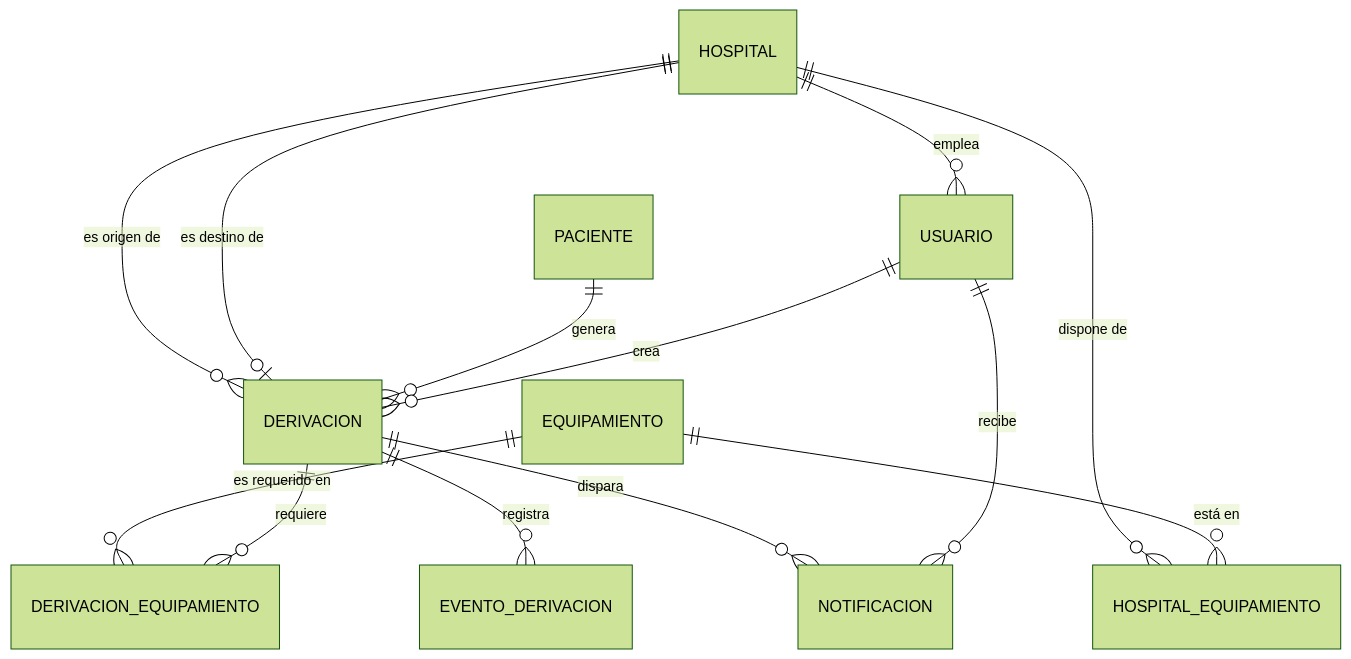
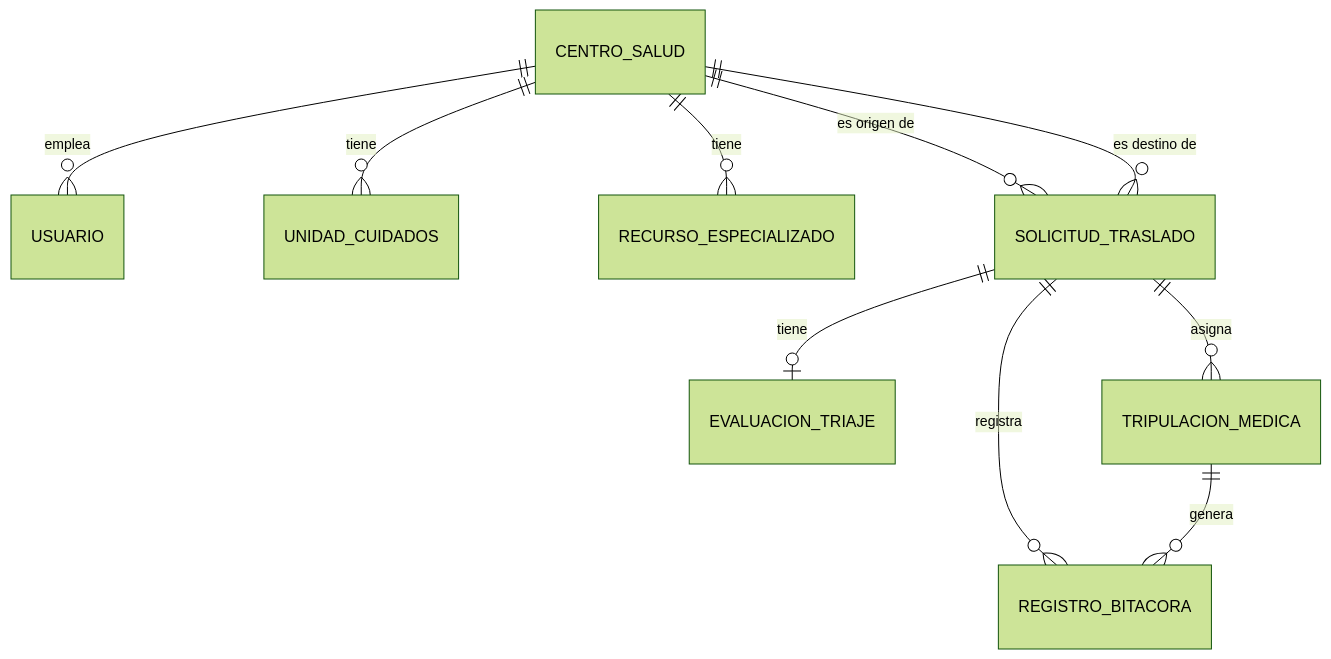
Before and after one commit to MateoDip/CareRoute: the diagram in README.md, drawn with Mermaid (forest theme). The commit also changed other lines of this file, not shown here.

````diff
--- a/README.md
+++ b/README.md
@@ -92,15 +95,12 @@
 ```mermaid
 erDiagram
-    HOSPITAL ||--o{ USUARIO : "emplea"
-    HOSPITAL ||--o{ DERIVACION : "es origen de"
-    HOSPITAL ||--o| DERIVACION : "es destino de"
-    HOSPITAL ||--o{ HOSPITAL_EQUIPAMIENTO : "dispone de"
-    EQUIPAMIENTO ||--o{ HOSPITAL_EQUIPAMIENTO : "está en"
-    EQUIPAMIENTO ||--o{ DERIVACION_EQUIPAMIENTO : "es requerido en"
-    PACIENTE ||--o{ DERIVACION : "genera"
-    USUARIO ||--o{ DERIVACION : "crea"
-    DERIVACION ||--o{ DERIVACION_EQUIPAMIENTO : "requiere"
-    DERIVACION ||--o{ EVENTO_DERIVACION : "registra"
-    DERIVACION ||--o{ NOTIFICACION : "dispara"
-    USUARIO ||--o{ NOTIFICACION : "recibe"
+    CENTRO_SALUD ||--o{ USUARIO : "emplea"
+    CENTRO_SALUD ||--o{ UNIDAD_CUIDADOS : "tiene"
+    CENTRO_SALUD ||--o{ RECURSO_ESPECIALIZADO : "tiene"
+    CENTRO_SALUD ||--o{ SOLICITUD_TRASLADO : "es origen de"
+    CENTRO_SALUD ||--o{ SOLICITUD_TRASLADO : "es destino de"
+    SOLICITUD_TRASLADO ||--o| EVALUACION_TRIAJE : "tiene"
+    SOLICITUD_TRASLADO ||--o{ TRIPULACION_MEDICA : "asigna"
+    SOLICITUD_TRASLADO ||--o{ REGISTRO_BITACORA : "registra"
+    TRIPULACION_MEDICA ||--o{ REGISTRO_BITACORA : "genera"
 ```
````
